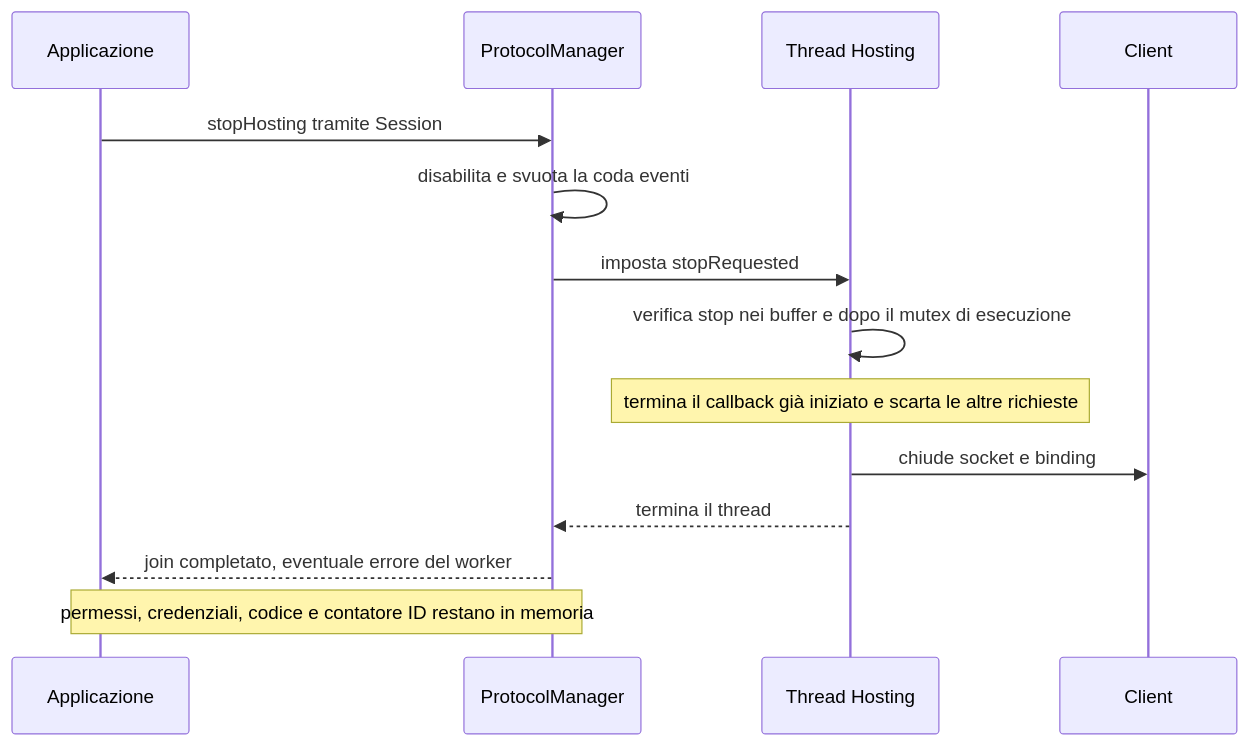
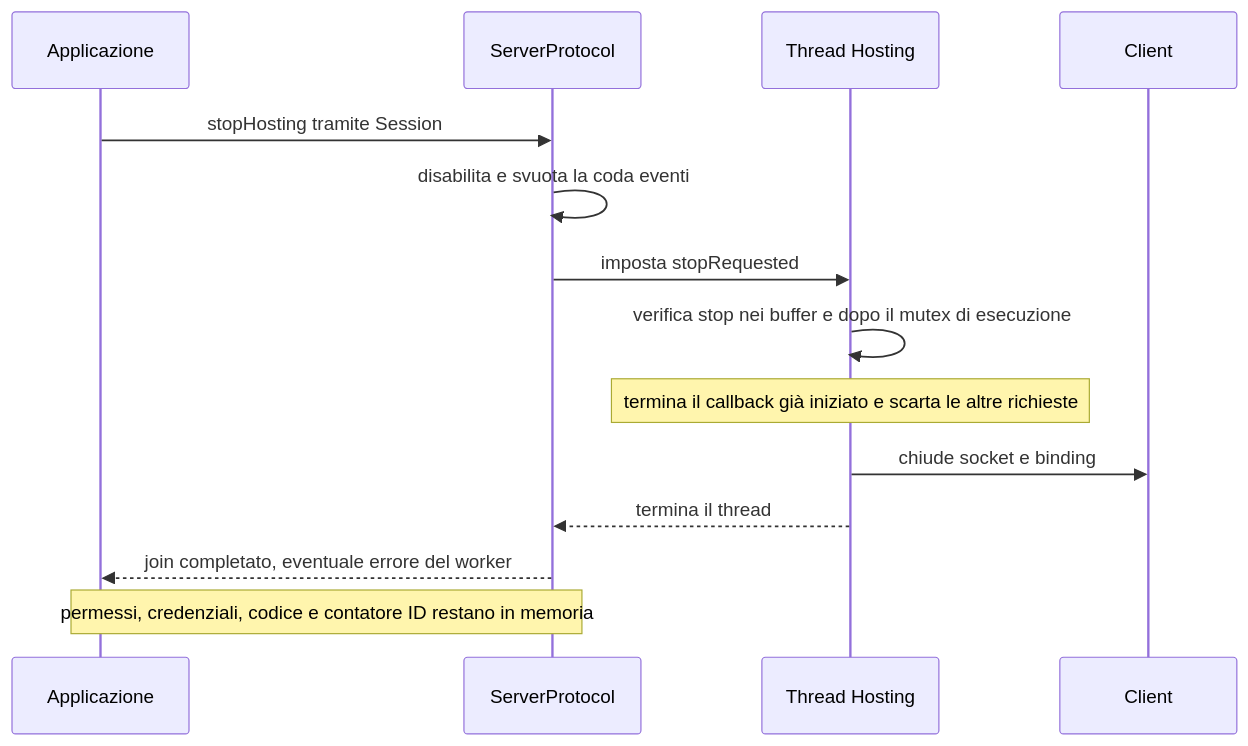
One commit to ForzaElettromotrice/GolarionHelper changed the sixth of 9 diagrams in .context/session-flows.md. Above: the diagram before and after it, drawn with Mermaid. The commit also changed other lines of this file and 13 other files, not shown here.

````diff
--- a/.context/session-flows.md
+++ b/.context/session-flows.md
@@ -135,16 +135,16 @@
 ```mermaid
 sequenceDiagram
     participant App as Applicazione
-    participant PM as ProtocolManager
+    participant PM as ServerProtocol
     participant H as Thread Hosting
     participant Peer as Client
     App->>PM: stopHosting tramite Session
     PM->>PM: disabilita e svuota la coda eventi
     PM->>H: imposta stopRequested
     H->>H: verifica stop nei buffer e dopo il mutex di esecuzione
     Note over H: termina il callback già iniziato e scarta le altre richieste
     H->>Peer: chiude socket e binding
     H-->>PM: termina il thread
     PM-->>App: join completato, eventuale errore del worker
     Note over App,PM: permessi, credenziali, codice e contatore ID restano in memoria
 ```
````
